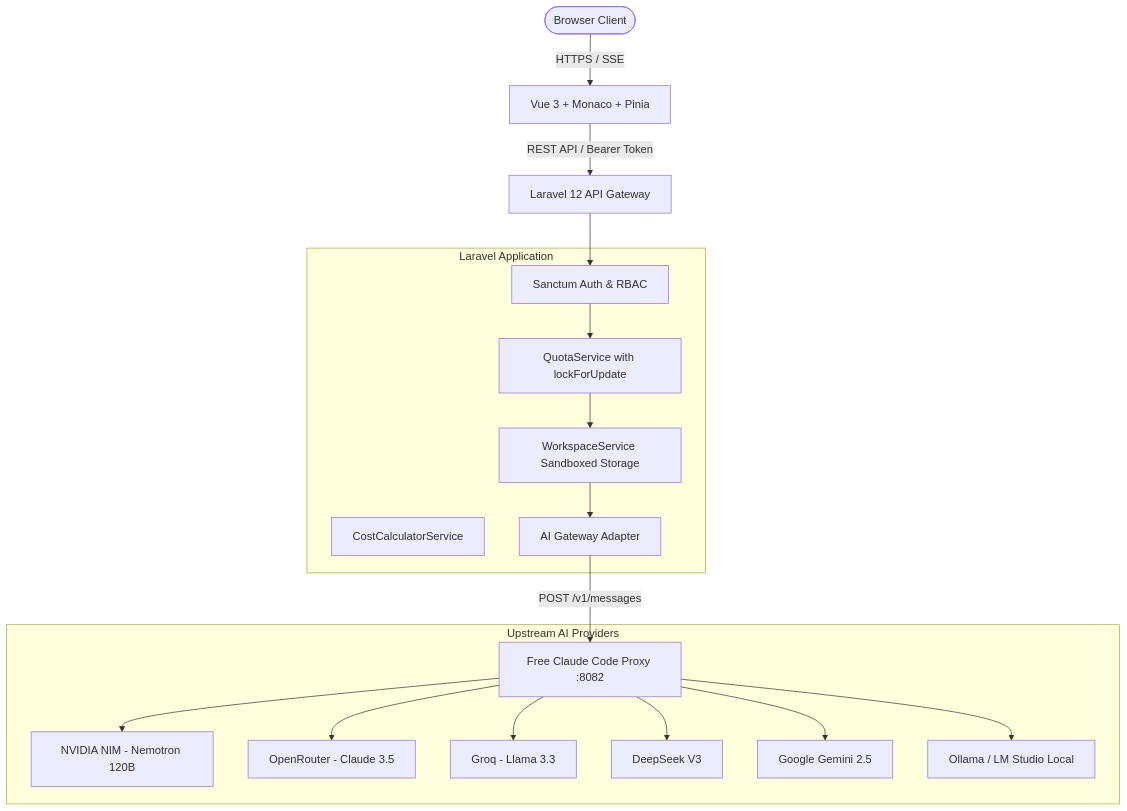
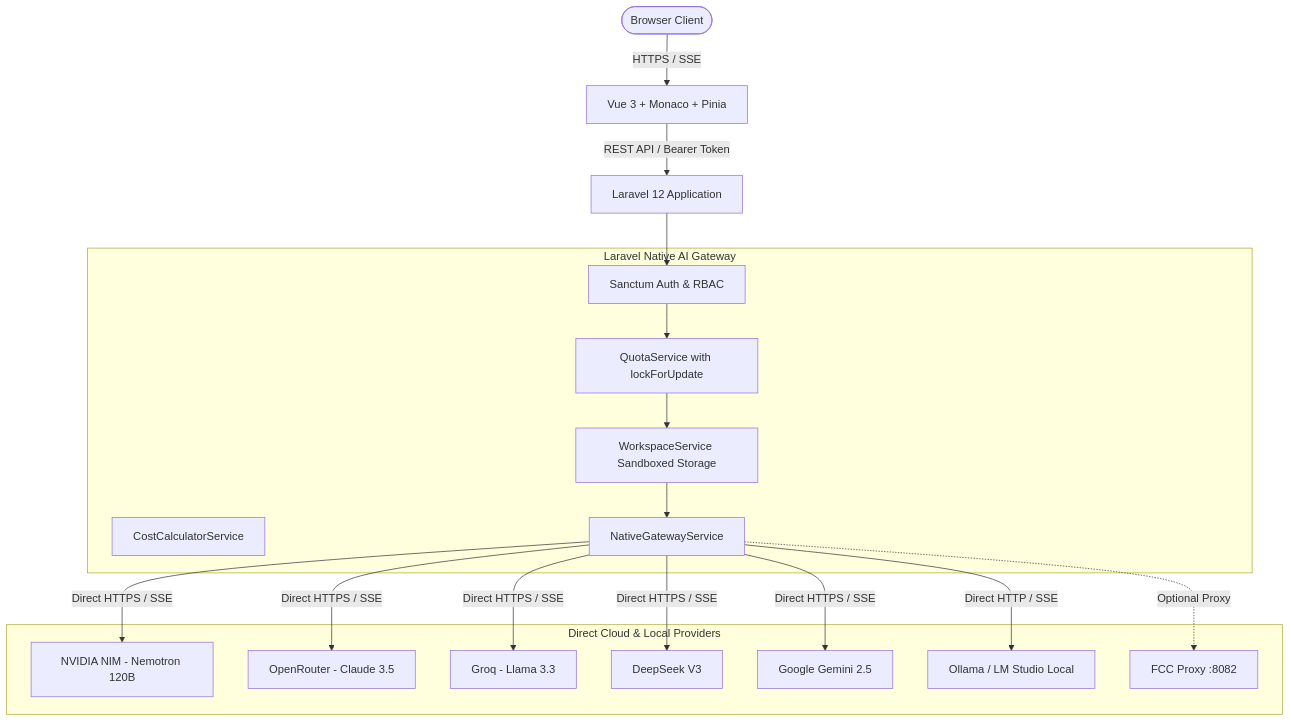
One commit to Igustisultanh12/agen changed the diagram in README.md. Above: the diagram before and after it, drawn with Mermaid. The commit also changed other lines of this file and 76 other files, not shown here.

Commit message:
feat: implement 100% native Laravel AI gateway with zero Python background process requirement

````diff
--- a/README.md
+++ b/README.md
@@ -71,29 +77,28 @@
 ```mermaid
 flowchart TD
     User([Browser Client]) -->|HTTPS / SSE| Frontend[Vue 3 + Monaco + Pinia]
-    Frontend -->|REST API / Bearer Token| Laravel[Laravel 12 API Gateway]
+    Frontend -->|REST API / Bearer Token| Laravel[Laravel 12 Application]
 
-    subgraph Laravel Application
+    subgraph Laravel Native AI Gateway
         Auth[Sanctum Auth & RBAC]
         Quota[QuotaService with lockForUpdate]
         Workspace[WorkspaceService Sandboxed Storage]
         CostCalc[CostCalculatorService]
-        Adapter[AI Gateway Adapter]
+        NativeGW[NativeGatewayService]
     end
 
     Laravel --> Auth
     Auth --> Quota
     Quota --> Workspace
-    Workspace --> Adapter
+    Workspace --> NativeGW
 
-    Adapter -->|POST /v1/messages| FCC[Free Claude Code Proxy :8082]
-
-    subgraph Upstream AI Providers
-        FCC --> NVIDIA[NVIDIA NIM - Nemotron 120B]
-        FCC --> OpenRouter[OpenRouter - Claude 3.5]
-        FCC --> Groq[Groq - Llama 3.3]
-        FCC --> DeepSeek[DeepSeek V3]
-        FCC --> Gemini[Google Gemini 2.5]
-        FCC --> Local[Ollama / LM Studio Local]
+    subgraph Direct Cloud & Local Providers
+        NativeGW -->|Direct HTTPS / SSE| NVIDIA[NVIDIA NIM - Nemotron 120B]
+        NativeGW -->|Direct HTTPS / SSE| OpenRouter[OpenRouter - Claude 3.5]
+        NativeGW -->|Direct HTTPS / SSE| Groq[Groq - Llama 3.3]
+        NativeGW -->|Direct HTTPS / SSE| DeepSeek[DeepSeek V3]
+        NativeGW -->|Direct HTTPS / SSE| Gemini[Google Gemini 2.5]
+        NativeGW -->|Direct HTTP / SSE| Local[Ollama / LM Studio Local]
+        NativeGW -.->|Optional Proxy| FCC[FCC Proxy :8082]
     end
 ```
````
